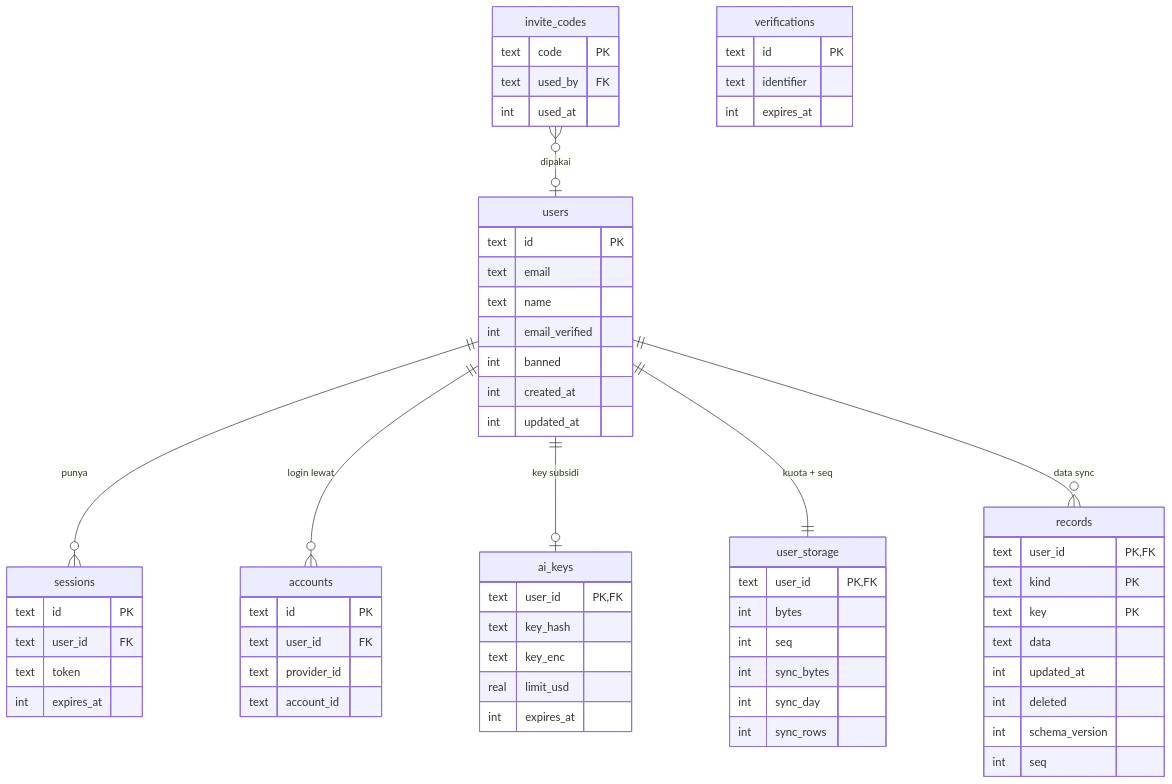
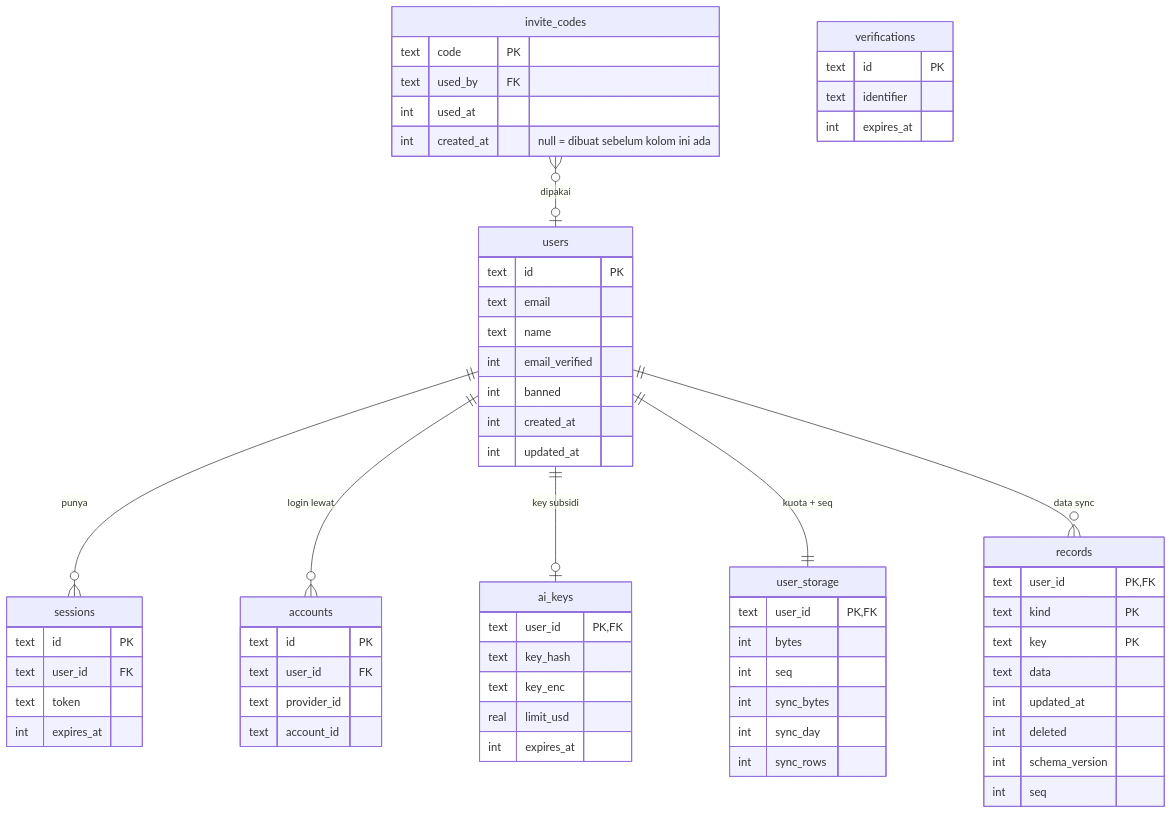
One commit to choiruladamm/luma changed the eighth of 9 diagrams in docs/backend.md. Above: the diagram before and after it, drawn with Mermaid. The commit also changed 21 other files, not shown here.

````diff
--- a/docs/backend.md
+++ b/docs/backend.md
@@ -542,65 +542,66 @@
 ```mermaid
 erDiagram
   users ||--o{ sessions : punya
   users ||--o{ accounts : "login lewat"
   users ||--o| ai_keys : "key subsidi"
   users ||--|| user_storage : "kuota + seq"
   users ||--o{ records : "data sync"
   invite_codes }o--o| users : dipakai
   users {
     text id PK
     text email
     text name
     int email_verified
     int banned
     int created_at
     int updated_at
   }
   sessions {
     text id PK
     text user_id FK
     text token
     int expires_at
   }
   accounts {
     text id PK
     text user_id FK
     text provider_id
     text account_id
   }
   verifications {
     text id PK
     text identifier
     int expires_at
   }
   invite_codes {
     text code PK
     text used_by FK
     int used_at
+    int created_at "null = dibuat sebelum kolom ini ada"
   }
   ai_keys {
     text user_id PK, FK
     text key_hash
     text key_enc
     real limit_usd
     int expires_at
   }
   user_storage {
     text user_id PK, FK
     int bytes
     int seq
     int sync_bytes
     int sync_day
     int sync_rows
   }
   records {
     text user_id PK, FK
     text kind PK
     text key PK
     text data
     int updated_at
     int deleted
     int schema_version
     int seq
   }
 ```
````
